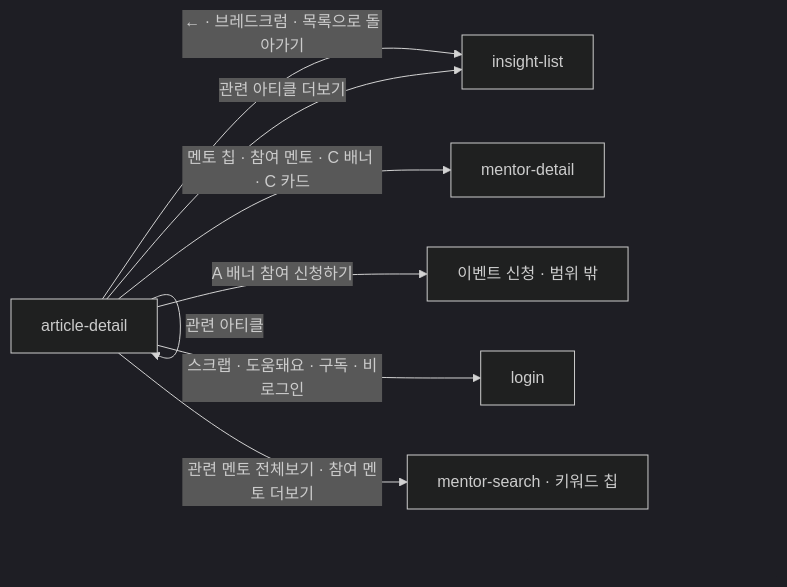
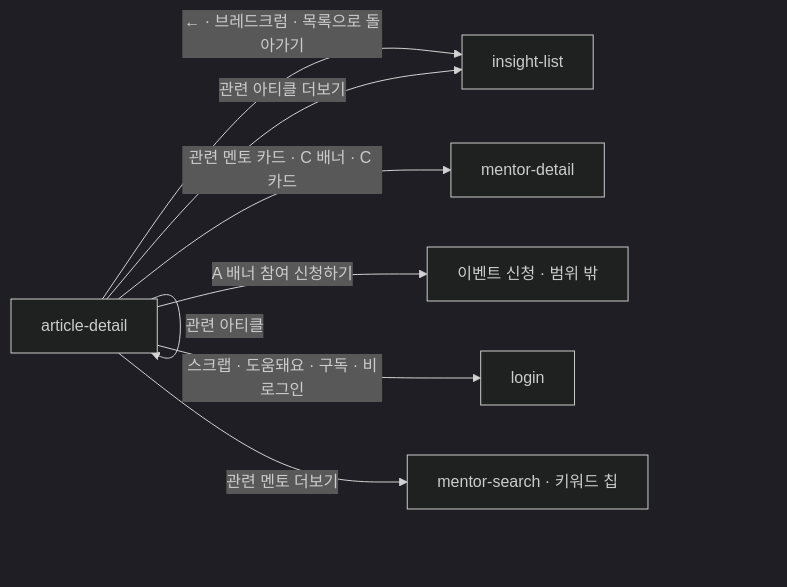
Before and after one commit to jisoo-y-mentree/mentree2-pd-fe: the diagram in design/screens/article-detail/UI-SPEC.md, drawn with Mermaid (dark theme). The commit also changed other lines of this file and 64 other files, not shown here.

````diff
--- a/design/screens/article-detail/UI-SPEC.md
+++ b/design/screens/article-detail/UI-SPEC.md
@@ -177,15 +177,15 @@
 ```mermaid
 flowchart LR
   ad["article-detail"]
   il["insight-list"]
   md["mentor-detail"]
   ev["이벤트 신청 · 범위 밖"]
   login["login"]
   ad -->|"← · 브레드크럼 · 목록으로 돌아가기"| il
   ad -->|"관련 아티클"| ad
   ad -->|"관련 아티클 더보기"| il
-  ad -->|"멘토 칩 · 참여 멘토 · C 배너 · C 카드"| md
-  ad -->|"관련 멘토 전체보기 · 참여 멘토 더보기"| ms["mentor-search · 키워드 칩"]
+  ad -->|"관련 멘토 카드 · C 배너 · C 카드"| md
+  ad -->|"관련 멘토 더보기"| ms["mentor-search · 키워드 칩"]
   ad -->|"A 배너 참여 신청하기"| ev
   ad -->|"스크랩 · 도움돼요 · 구독 · 비로그인"| login
 ```
````
